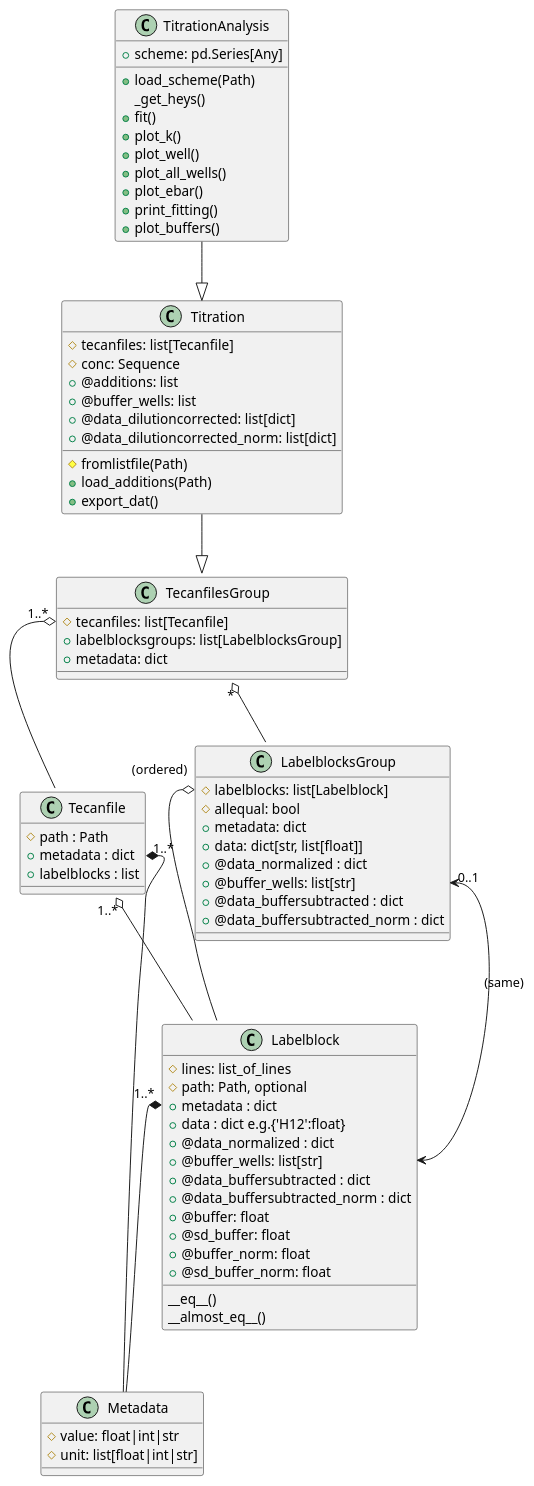
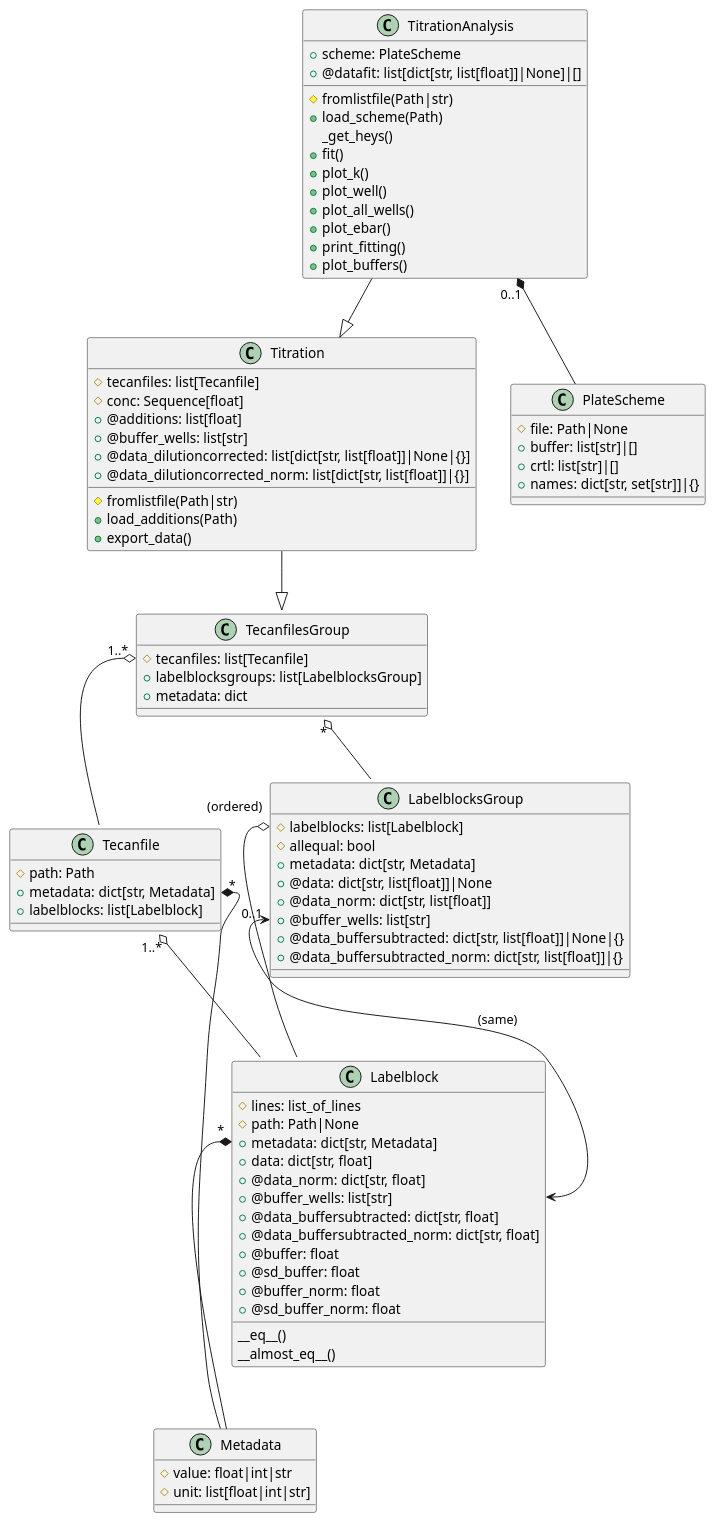
The diagram in docs/api/prtecan.uml.rst (darosio/ClopHfit), drawn with PlantUML before and after one commit. The commit also changed 7 other files, not shown here.

```diff
--- a/docs/api/prtecan.uml.rst
+++ b/docs/api/prtecan.uml.rst
@@ -1,14 +1,19 @@
 .. uml::
+
+   class Metadata{
+     #value: float|int|str
+	 #unit: list[float|int|str]
+   }
 
    class Labelblock{
      #lines: list_of_lines
-	 #path: Path, optional
-     +metadata : dict
-     +data : dict e.g.{'H12':float}
-     +@data_normalized : dict
+	 #path: Path|None
+     +metadata: dict[str, Metadata]
+     +data: dict[str, float]
+     +@data_norm: dict[str, float]
 	 +@buffer_wells: list[str]
-     +@data_buffersubtracted : dict
-     +@data_buffersubtracted_norm : dict
+     +@data_buffersubtracted: dict[str, float]
+     +@data_buffersubtracted_norm: dict[str, float]
 	 +@buffer: float
 	 +@sd_buffer: float
 	 +@buffer_norm: float
@@ -18,29 +23,24 @@
    }
 
    class Tecanfile{
-     #path : Path
-	 +metadata : dict
-	 +labelblocks : list
-   }
-
-   class Metadata{
-     #value: float|int|str
-	 #unit: list[float|int|str]
+     #path: Path
+	 +metadata: dict[str, Metadata]
+	 +labelblocks: list[Labelblock]
    }
 
    Tecanfile "1..*" o-- Labelblock
-   Tecanfile::metadata "1..*" *-- Metadata
-   Labelblock::metadata "1..*" *-- Metadata
+   Tecanfile::metadata "*" *-- Metadata
+   Labelblock::metadata "*" *-- Metadata
 
    class LabelblocksGroup{
      #labelblocks: list[Labelblock]
 	 #allequal: bool
-	 +metadata: dict
-	 +data: dict[str, list[float]]
-     +@data_normalized : dict
+	 +metadata: dict[str, Metadata]
+	 +@data: dict[str, list[float]]|None
+     +@data_norm: dict[str, list[float]]
 	 +@buffer_wells: list[str]
-     +@data_buffersubtracted : dict
-     +@data_buffersubtracted_norm : dict
+     +@data_buffersubtracted: dict[str, list[float]]|None|{}
+     +@data_buffersubtracted_norm: dict[str, list[float]]|{}
    }
 
    LabelblocksGroup::labelblocks "(ordered)" o-- Labelblock
@@ -57,20 +57,30 @@
 
    class Titration{
      #tecanfiles: list[Tecanfile]
-     #conc: Sequence
-	 #fromlistfile(Path)
+     #conc: Sequence[float]
+	 #fromlistfile(Path|str)
 	 +load_additions(Path)
-	 +@additions: list
-	 +@buffer_wells: list
-	 +@data_dilutioncorrected: list[dict]
-	 +@data_dilutioncorrected_norm: list[dict]
-	 +export_dat()
+	 +@additions: list[float]
+	 +@buffer_wells: list[str]
+	 +@data_dilutioncorrected: list[dict[str, list[float]]|None|{}]
+	 +@data_dilutioncorrected_norm: list[dict[str, list[float]]|{}]
+	 +export_data()
    }
 
    Titration --|> TecanfilesGroup
 
+   class PlateScheme{
+     #file: Path|None
+	 +buffer: list[str]|[]
+	 +crtl: list[str]|[]
+	 +names: dict[str, set[str]]|{}
+   }
+
    class TitrationAnalysis{
-	 +scheme: pd.Series[Any]
+	 #fromlistfile(Path|str)
+
+	 +scheme: PlateScheme
+	 +@datafit: list[dict[str, list[float]]|None]|[]
 	 +load_scheme(Path)
 	 _get_heys()
 	 +fit()
@@ -83,3 +93,4 @@
    }
 
    TitrationAnalysis --|> Titration
+   TitrationAnalysis "0..1" *-- PlateScheme
```
